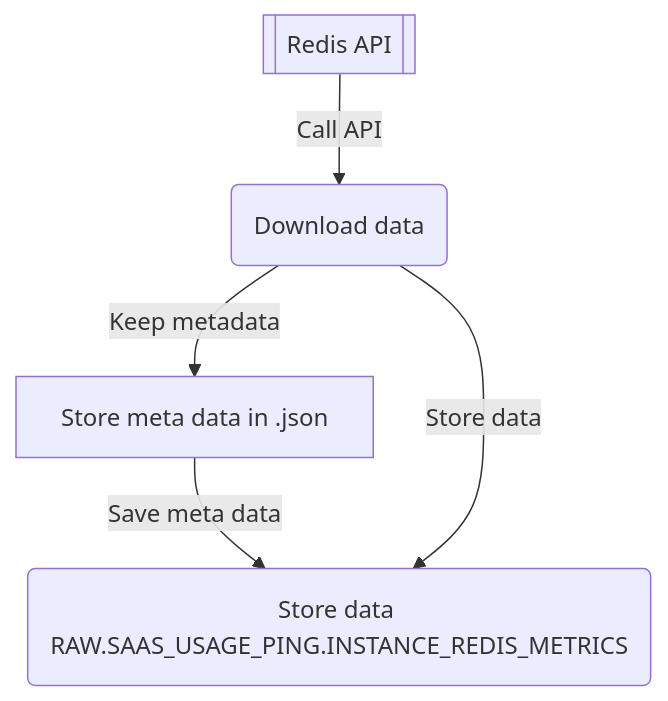
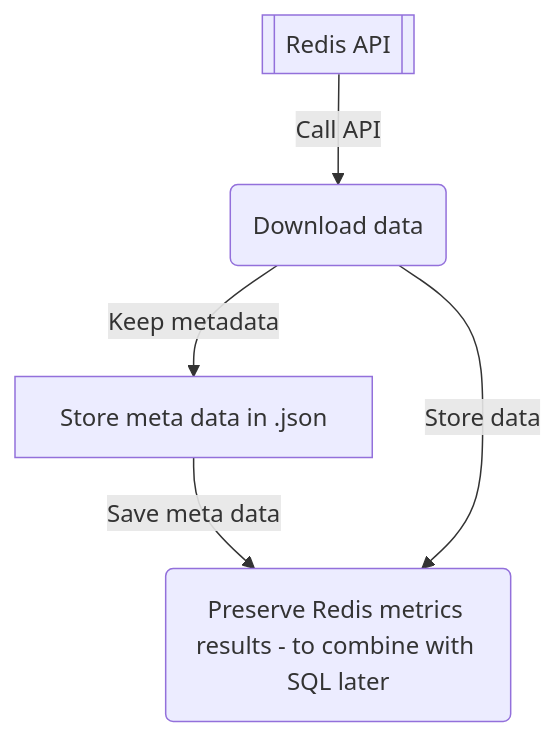
One commit to fdileta/gitlab-dbt-project changed the second of 3 diagrams in extract/saas_usage_ping/README.md. Above: the diagram before and after it, drawn with Mermaid. The commit also changed other lines of this file, not shown here.

````diff
--- a/extract/saas_usage_ping/README.md
+++ b/extract/saas_usage_ping/README.md
@@ -61,7 +69,7 @@
 ```mermaid
 graph TD;
   SP_API[[Redis API]]--Call API-->DNLD(Download data);
   DNLD--Keep metadata-->MTD[Store meta data in .json];
   MTD--Save meta data-->FIN_RAW;
-  DNLD--Store data-->FIN_RAW(Store data RAW.SAAS_USAGE_PING.INSTANCE_REDIS_METRICS);
+  DNLD--Store data-->FIN_RAW(Preserve Redis metrics results - to combine with SQL later);
 ```
````
